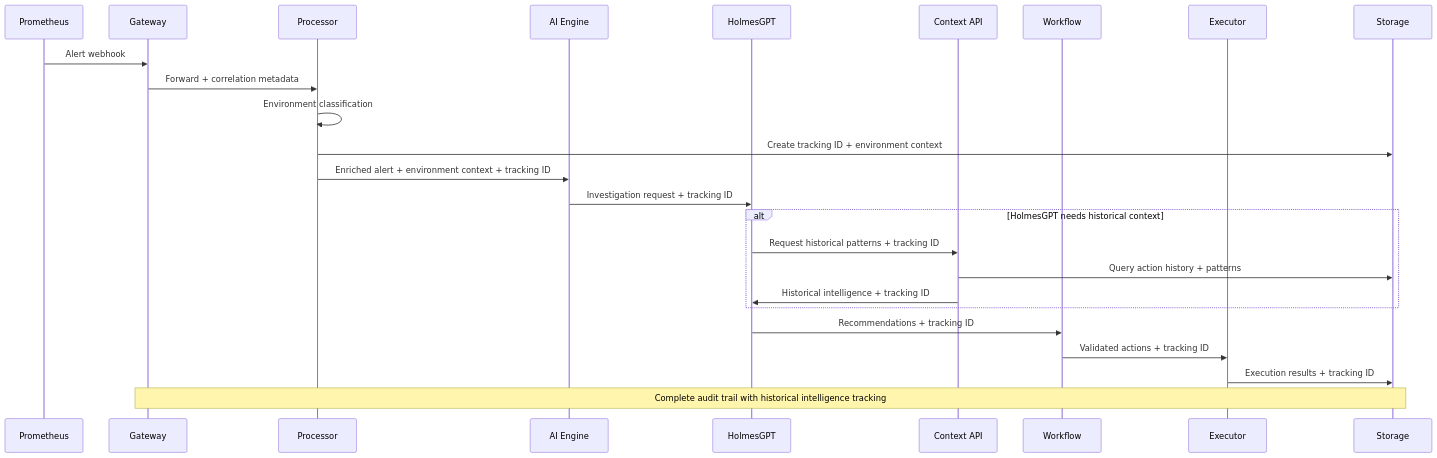
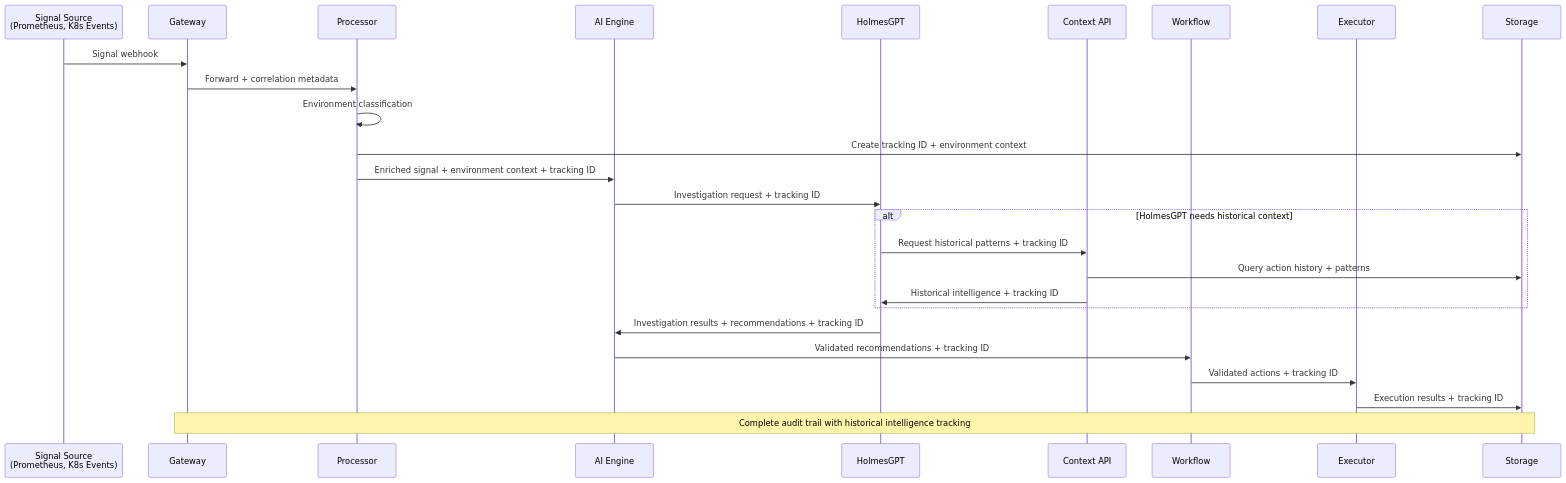
One commit to jordigilh/kubernaut changed the third of 5 diagrams in docs/architecture/KUBERNAUT_ARCHITECTURE_OVERVIEW.md. Above: the diagram before and after it, drawn with Mermaid. The commit also changed other lines of this file and 1 other file, not shown here.

First line of the commit message:
docs: fix critical architecture flow errors and terminology

````diff
--- a/docs/architecture/KUBERNAUT_ARCHITECTURE_OVERVIEW.md
+++ b/docs/architecture/KUBERNAUT_ARCHITECTURE_OVERVIEW.md
@@ -126,31 +127,32 @@
 ```mermaid
 sequenceDiagram
-    participant P as Prometheus
+    participant SRC as Signal Source<br/>(Prometheus, K8s Events)
     participant G as Gateway
     participant AP as Processor
     participant AI as AI Engine
     participant HGP as HolmesGPT
     participant CTX as Context API
     participant W as Workflow
     participant E as Executor
     participant S as Storage
 
-    P->>G: Alert webhook
+    SRC->>G: Signal webhook
     G->>AP: Forward + correlation metadata
     AP->>AP: Environment classification
     AP->>S: Create tracking ID + environment context
-    AP->>AI: Enriched alert + environment context + tracking ID
+    AP->>AI: Enriched signal + environment context + tracking ID
     AI->>HGP: Investigation request + tracking ID
 
     alt HolmesGPT needs historical context
         HGP->>CTX: Request historical patterns + tracking ID
         CTX->>S: Query action history + patterns
         CTX->>HGP: Historical intelligence + tracking ID
     end
 
-    HGP->>W: Recommendations + tracking ID
+    HGP->>AI: Investigation results + recommendations + tracking ID
+    AI->>W: Validated recommendations + tracking ID
     W->>E: Validated actions + tracking ID
     E->>S: Execution results + tracking ID
 
     Note over G,S: Complete audit trail with historical intelligence tracking
 ```
````
